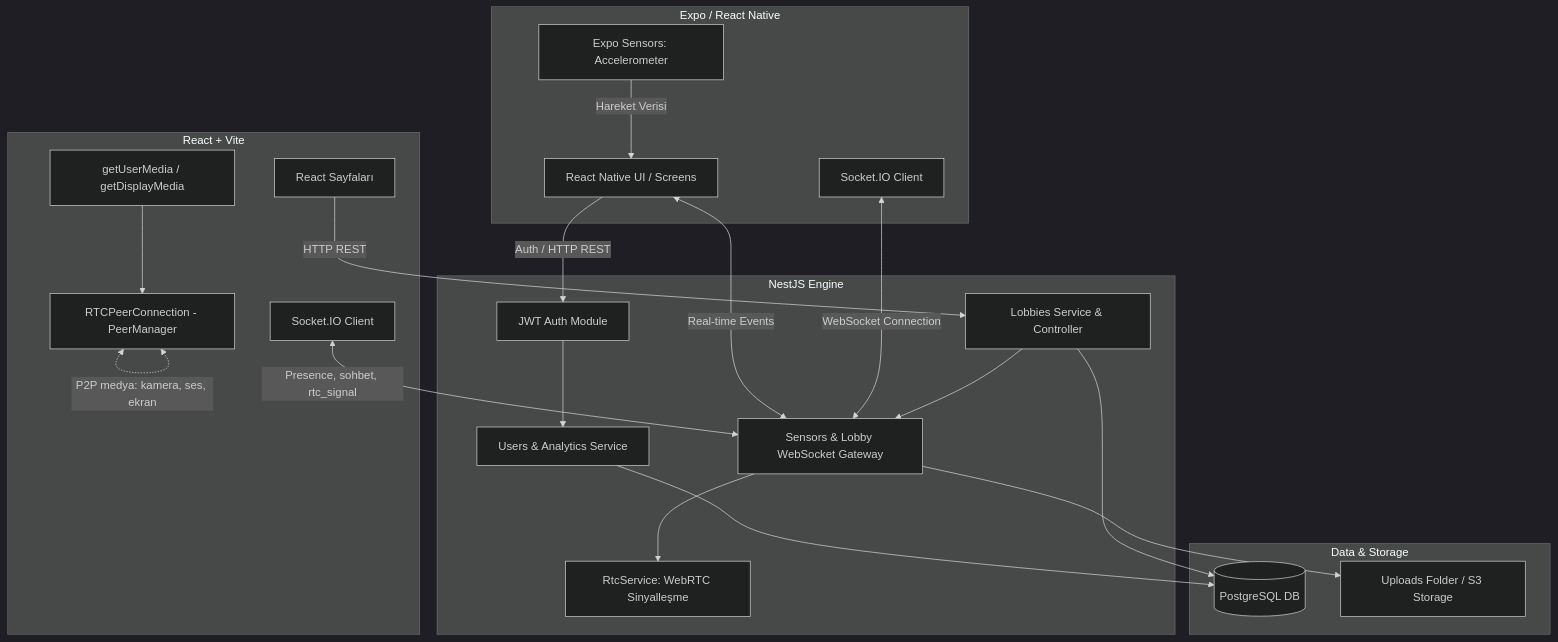
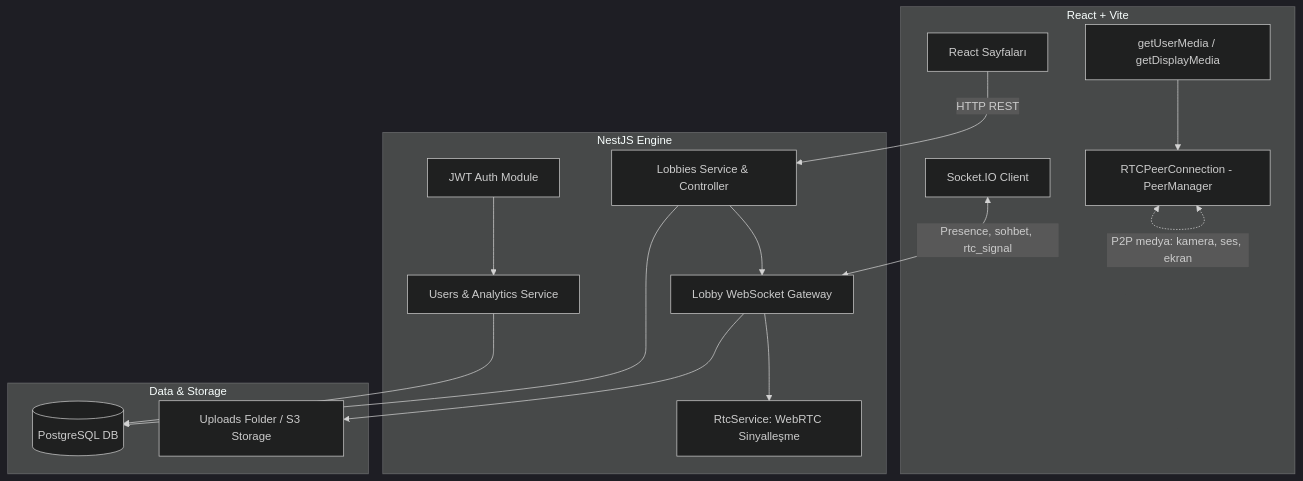
Before and after one commit to enesilbay/StudyLounge: the first of 2 diagrams in README.md, drawn with Mermaid (dark theme). The commit also changed other lines of this file and 69 other files, not shown here.

````diff
--- a/README.md
+++ b/README.md
@@ -69,45 +56,34 @@
 ```mermaid
 graph TD
-    subgraph Mobile Client [Expo / React Native]
-        Sensors[Expo Sensors: Accelerometer]
-        UI[React Native UI / Screens]
-        SocketClient[Socket.IO Client]
-    end
-
     subgraph Web Client [React + Vite]
         WebUI[React Sayfaları]
         Media[getUserMedia / getDisplayMedia]
         Peer[RTCPeerConnection - PeerManager]
         WebSocket[Socket.IO Client]
     end
 
     subgraph Backend Core [NestJS Engine]
-        Gateway[Sensors & Lobby WebSocket Gateway]
+        Gateway[Lobby WebSocket Gateway]
         Rtc[RtcService: WebRTC Sinyalleşme]
         AuthModule[JWT Auth Module]
         LobbyModule[Lobbies Service & Controller]
         UserModule[Users & Analytics Service]
     end
 
     subgraph Data & Storage
         Postgres[(PostgreSQL DB)]
         StaticStorage[Uploads Folder / S3 Storage]
     end
-
-    Sensors -->|Hareket Verisi| UI
-    UI -->|Auth / HTTP REST| AuthModule
-    UI <-->|Real-time Events| Gateway
-    SocketClient <-->|WebSocket Connection| Gateway
 
     WebUI -->|HTTP REST| LobbyModule
     WebSocket <-->|Presence, sohbet, rtc_signal| Gateway
     Gateway --> Rtc
     Media --> Peer
     Peer <-.->|P2P medya: kamera, ses, ekran| Peer
 
     AuthModule --> UserModule
     LobbyModule --> Gateway
     UserModule --> Postgres
     LobbyModule --> Postgres
     Gateway --> StaticStorage
 ```
````
